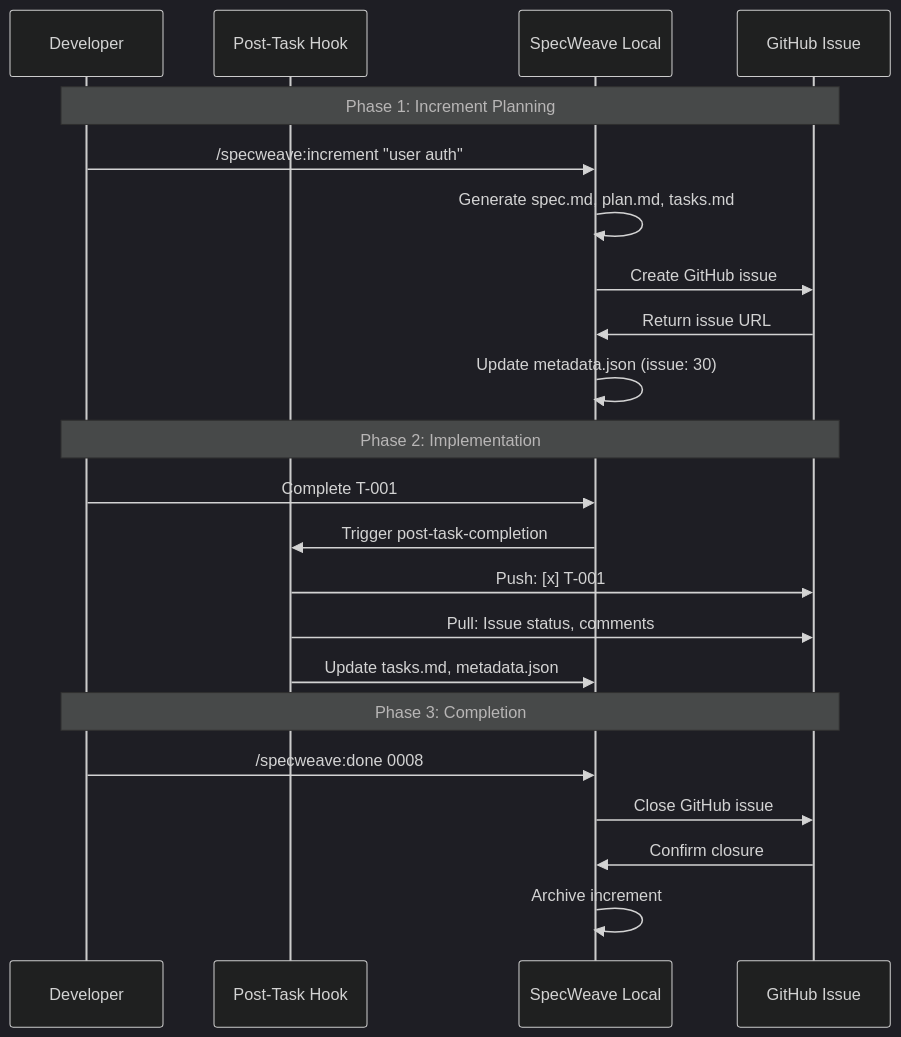
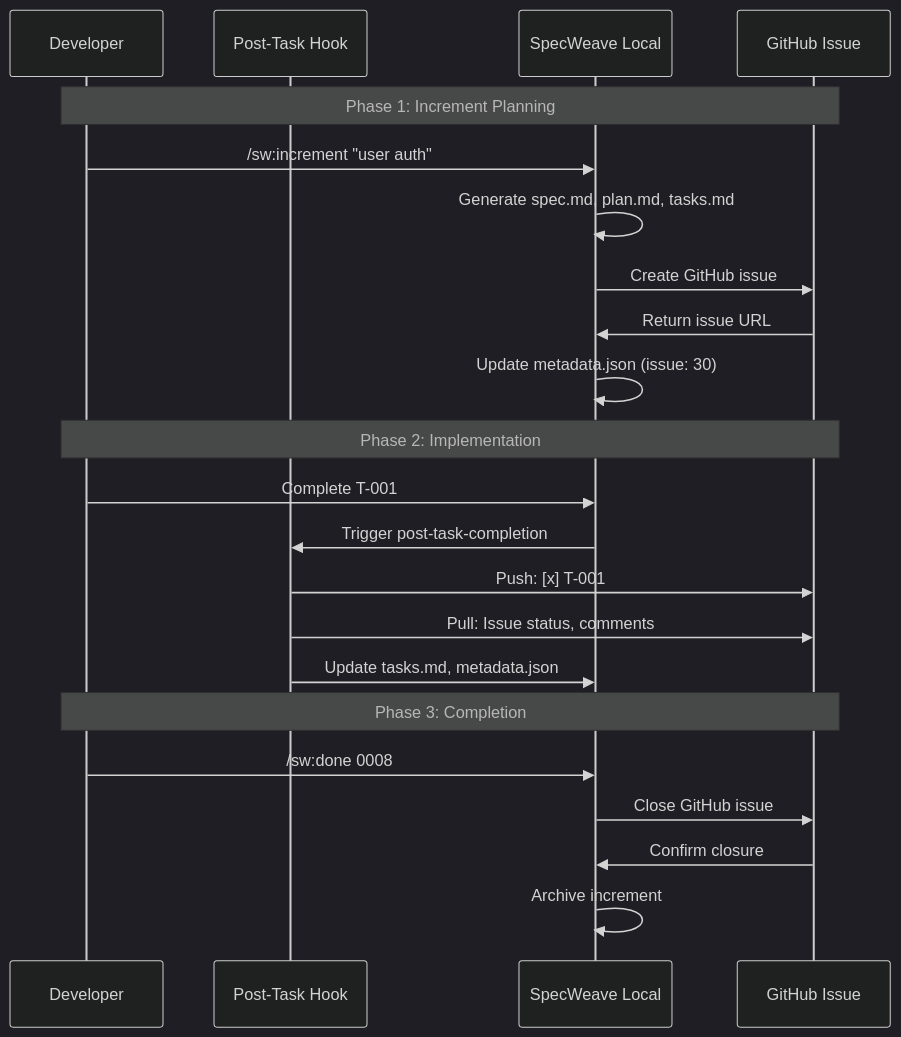
The seventh of 8 diagrams in docs-site/docs/glossary/terms/split-source-sync.md (anton-abyzov/specweave), drawn with Mermaid (dark theme) before and after one commit. The commit also changed other lines of this file and 505 other files, not shown here.

````diff
--- a/docs-site/docs/glossary/terms/split-source-sync.md
+++ b/docs-site/docs/glossary/terms/split-source-sync.md
@@ -249,27 +249,27 @@
 ```mermaid
 sequenceDiagram
     participant Dev as Developer
     participant Hook as Post-Task Hook
     participant Local as SpecWeave Local
     participant External as GitHub Issue
 
     Note over Dev,External: Phase 1: Increment Planning
-    Dev->>Local: /specweave:increment "user auth"
+    Dev->>Local: /sw:increment "user auth"
     Local->>Local: Generate spec.md, plan.md, tasks.md
     Local->>External: Create GitHub issue #30
     External->>Local: Return issue URL
     Local->>Local: Update metadata.json (issue: 30)
 
     Note over Dev,External: Phase 2: Implementation
     Dev->>Local: Complete T-001
     Local->>Hook: Trigger post-task-completion
     Hook->>External: Push: [x] T-001
     Hook->>External: Pull: Issue status, comments
     Hook->>Local: Update tasks.md, metadata.json
 
     Note over Dev,External: Phase 3: Completion
-    Dev->>Local: /specweave:done 0008
+    Dev->>Local: /sw:done 0008
     Local->>External: Close GitHub issue #30
     External->>Local: Confirm closure
     Local->>Local: Archive increment
 ```
````
